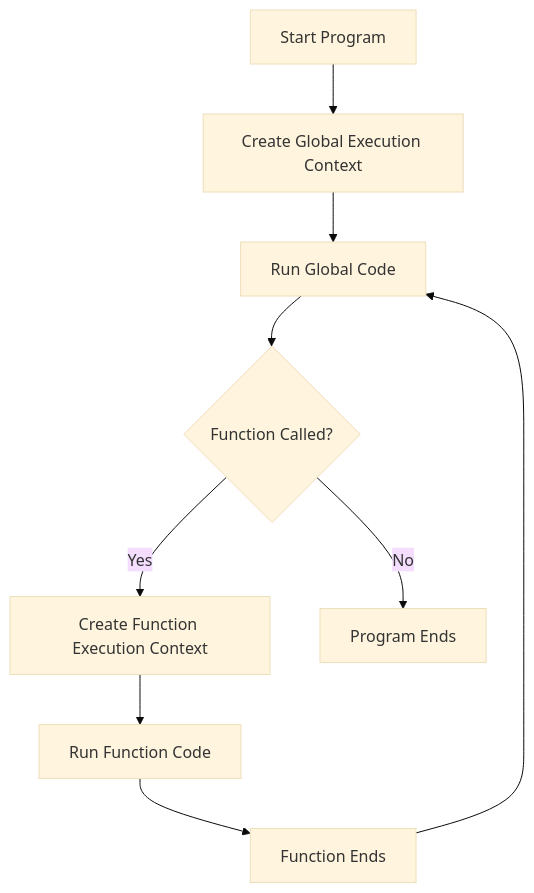
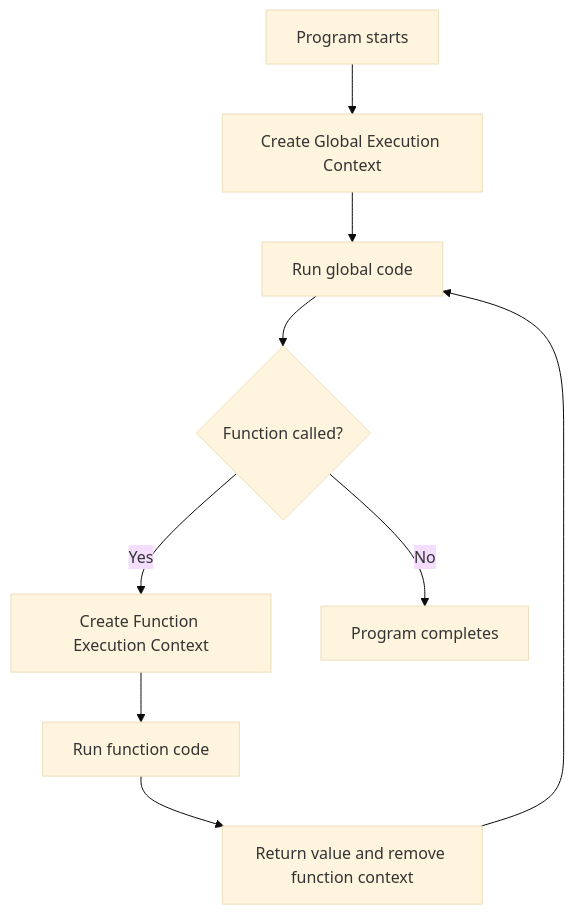
Before and after one commit to AbhishekDhone7/javascript-git-basics: the second of 14 diagrams in JavaScript-Beginners-Guide.md, drawn with Mermaid (base theme). The commit also changed other lines of this file and 1 other file, not shown here.

````diff
--- a/JavaScript-Beginners-Guide.md
+++ b/JavaScript-Beginners-Guide.md
@@ -147,11 +146,11 @@
 ```mermaid
 flowchart TD
-A[Start Program] --> B[Create Global Execution Context]
-B --> C[Run Global Code]
-C --> D{Function Called?}
+A[Program starts] --> B[Create Global Execution Context]
+B --> C[Run global code]
+C --> D{Function called?}
 D -- Yes --> E[Create Function Execution Context]
-E --> F[Run Function Code]
-F --> G[Function Ends]
+E --> F[Run function code]
+F --> G[Return value and remove function context]
 G --> C
-D -- No --> H[Program Ends]
+D -- No --> H[Program completes]
 ```
````
